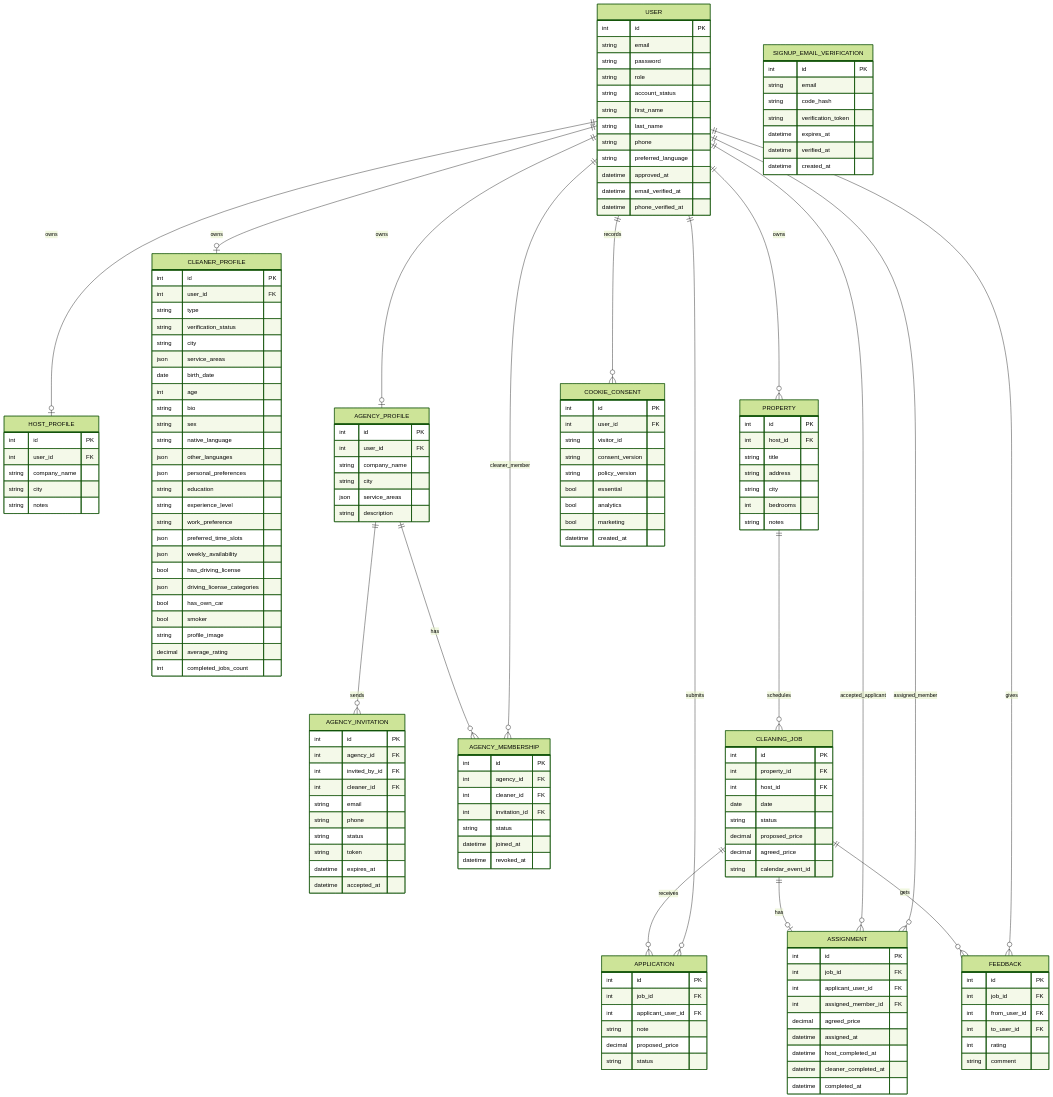
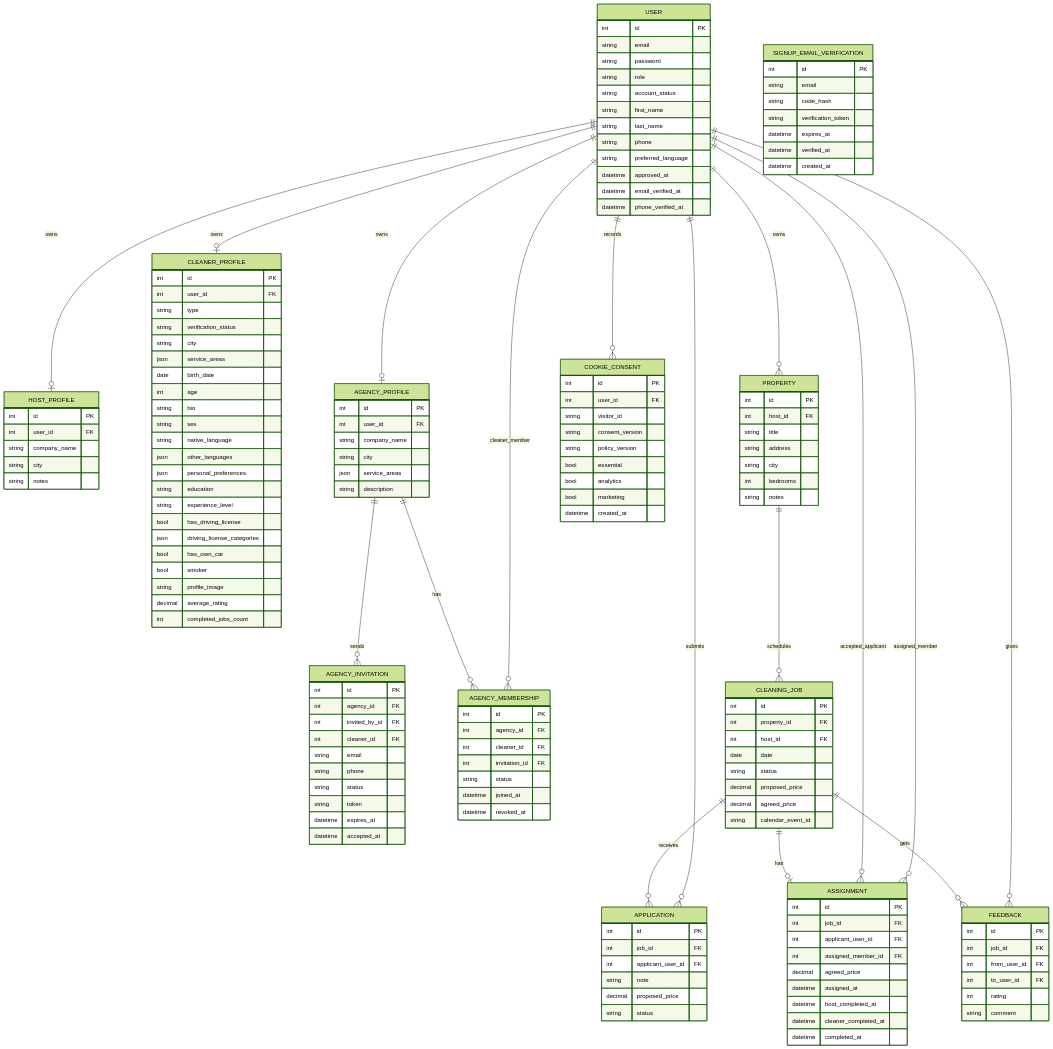
Before and after one commit to ICleanHouse/airbnb_tax: the diagram in architecture-db-workflow.md, drawn with Mermaid (forest theme). The commit also changed other lines of this file and 18 other files, not shown here.

```diff
--- a/architecture-db-workflow.md
+++ b/architecture-db-workflow.md
@@ -45,9 +45,6 @@
       json personal_preferences
       string education
       string experience_level
-      string work_preference
-      json preferred_time_slots
-      json weekly_availability
       bool has_driving_license
       json driving_license_categories
       bool has_own_car
```
